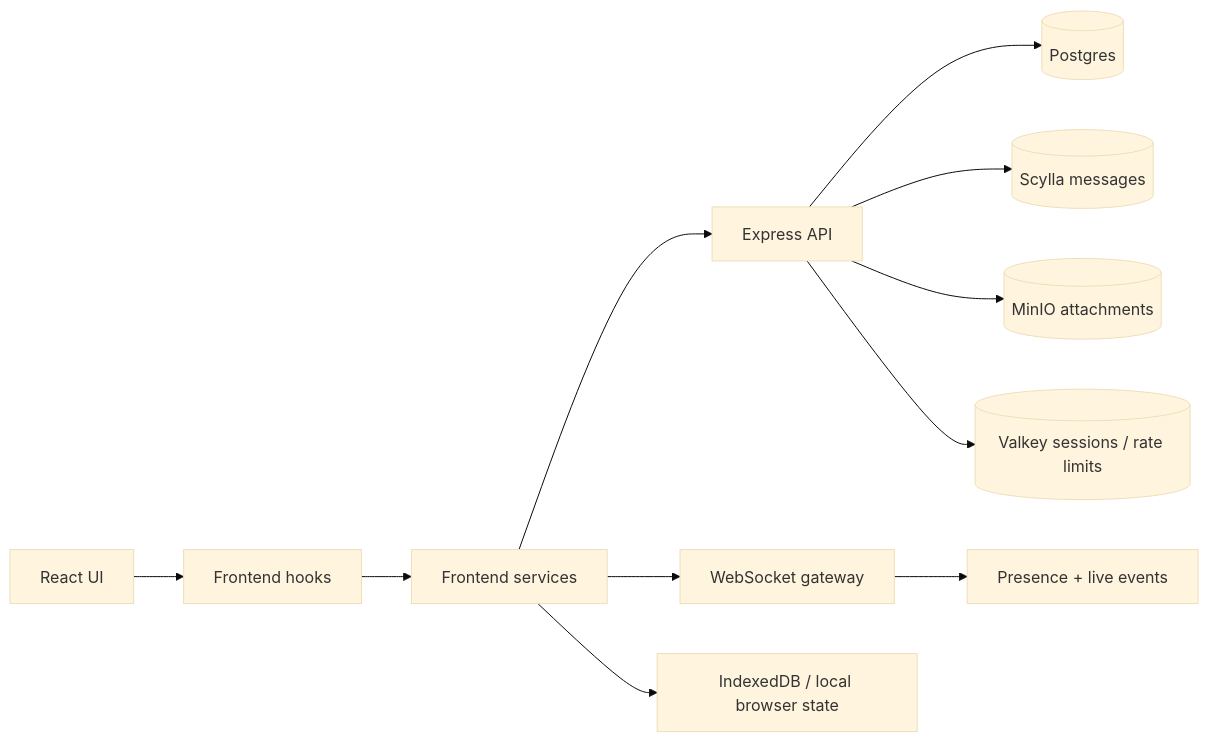
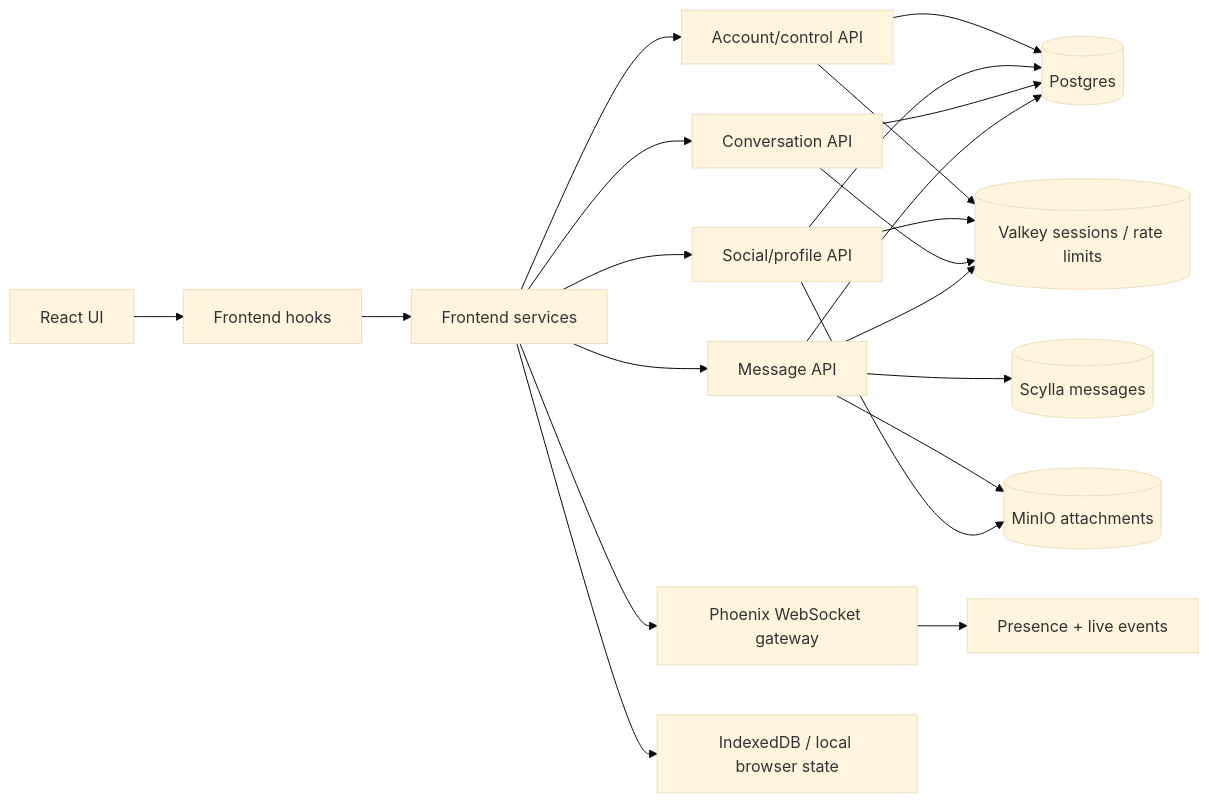
One commit to voidjack233/VOID-CHATS changed the second of 16 diagrams in VOID0000-www/docs/project-flow-map.md. Above: the diagram before and after it, drawn with Mermaid (base theme). The commit also changed other lines of this file and 9 other files, not shown here.

````diff
--- a/VOID0000-www/docs/project-flow-map.md
+++ b/VOID0000-www/docs/project-flow-map.md
@@ -100,13 +103,23 @@
 ```mermaid
 flowchart LR
   UI[React UI] --> Hooks[Frontend hooks]
   Hooks --> Services[Frontend services]
-  Services --> API[Express API]
-  Services --> Gateway[WebSocket gateway]
+  Services --> AccountAPI[Account/control API]
+  Services --> MessageAPI[Message API]
+  Services --> SocialAPI[Social/profile API]
+  Services --> ConversationAPI[Conversation API]
+  Services --> Gateway[Phoenix WebSocket gateway]
   Services --> LocalState[IndexedDB / local browser state]
-  API --> Postgres[(Postgres)]
-  API --> Scylla[(Scylla messages)]
-  API --> MinIO[(MinIO attachments)]
-  API --> Valkey[(Valkey sessions / rate limits)]
+  AccountAPI --> Postgres[(Postgres)]
+  SocialAPI --> Postgres
+  ConversationAPI --> Postgres
+  MessageAPI --> Postgres
+  MessageAPI --> Scylla[(Scylla messages)]
+  MessageAPI --> MinIO[(MinIO attachments)]
+  SocialAPI --> MinIO
+  AccountAPI --> Valkey[(Valkey sessions / rate limits)]
+  SocialAPI --> Valkey
+  ConversationAPI --> Valkey
+  MessageAPI --> Valkey
   Gateway --> Presence[Presence + live events]
 ```
````
